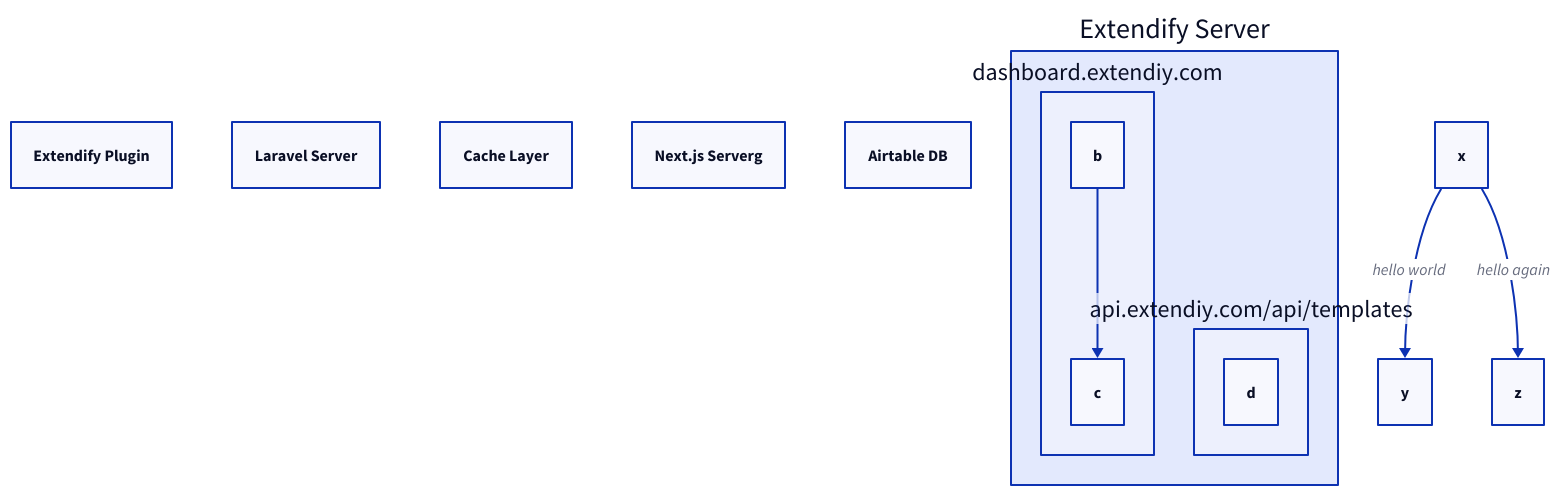
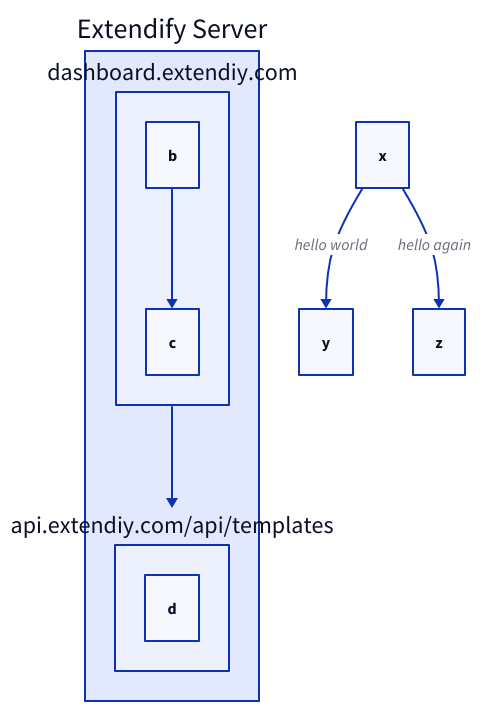
The diagram in d2/file.d2 (dgwyer/myapp), drawn with D2 before and after one commit.

Commit message:
try to render

```diff
--- a/d2/file.d2
+++ b/d2/file.d2
@@ -1,18 +1,20 @@
-a: Extendify Plugin
-b: Laravel Server
-c: Cache Layer
-d: Next.js Serverg
-e: Airtable DB
+#a: Extendify Plugin
+#b: Laravel Server
+#c: Cache Layer
+#d: Next.js Server
+#e: Airtable DB
 
 extendifyServer: Extendify Server {
   dashboardServer: dashboard.extendiy.com {
     b -> c
   }
 
   apiServer: api.extendiy.com/api/templates {
     d
   }
+
+  dashboardServer -> apiServer
 }
 
 x -> y: hello world
 x -> z: hello again
```
